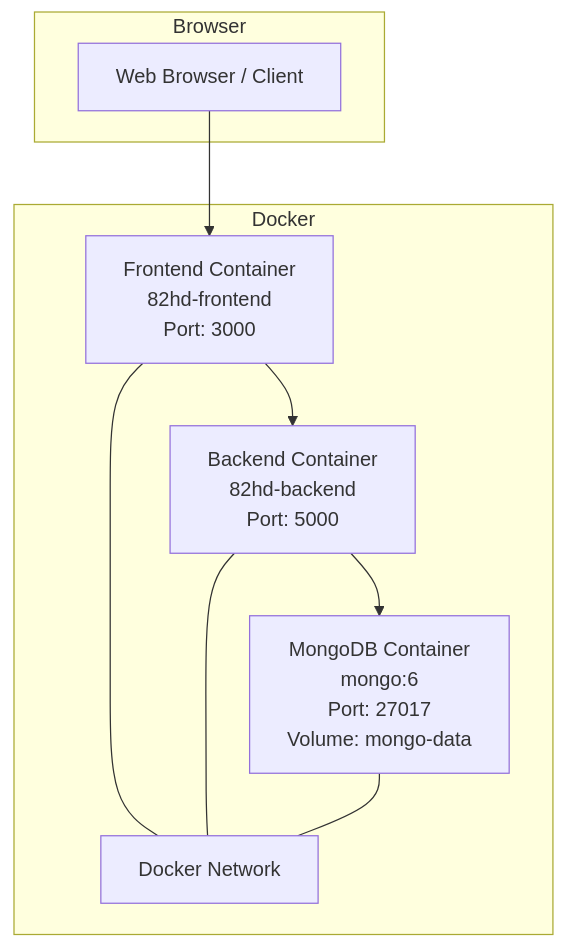
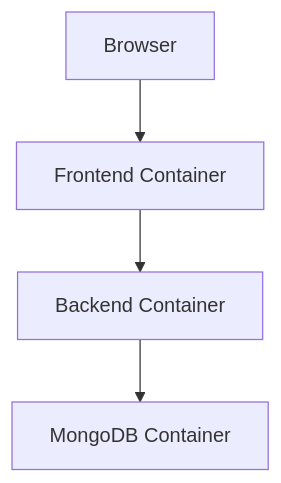
One commit to JayCorp97/SIT725_s224715468 changed the diagram in 8.2HD/readme.md. Above: the diagram before and after it, drawn with Mermaid. The commit also changed other lines of this file, not shown here.

````diff
--- a/8.2HD/readme.md
+++ b/8.2HD/readme.md
@@ -246,21 +96,6 @@
 ```mermaid
 flowchart TB
-    subgraph Browser
-        UI[Web Browser / Client]
-    end
-
-    subgraph Docker
-        FE[Frontend Container\n82hd-frontend\nPort: 3000] 
-        BE[Backend Container\n82hd-backend\nPort: 5000] 
-        DB[MongoDB Container\nmongo:6\nPort: 27017\nVolume: mongo-data]
-        Network[Docker Network]
-    end
-
-    UI --> FE
-    FE --> BE
-    BE --> DB
-
-    FE --- Network
-    BE --- Network
-    DB --- Network
+    Browser --> FE[Frontend Container]
+    FE --> BE[Backend Container]
+    BE --> DB[MongoDB Container]
 ```
````
